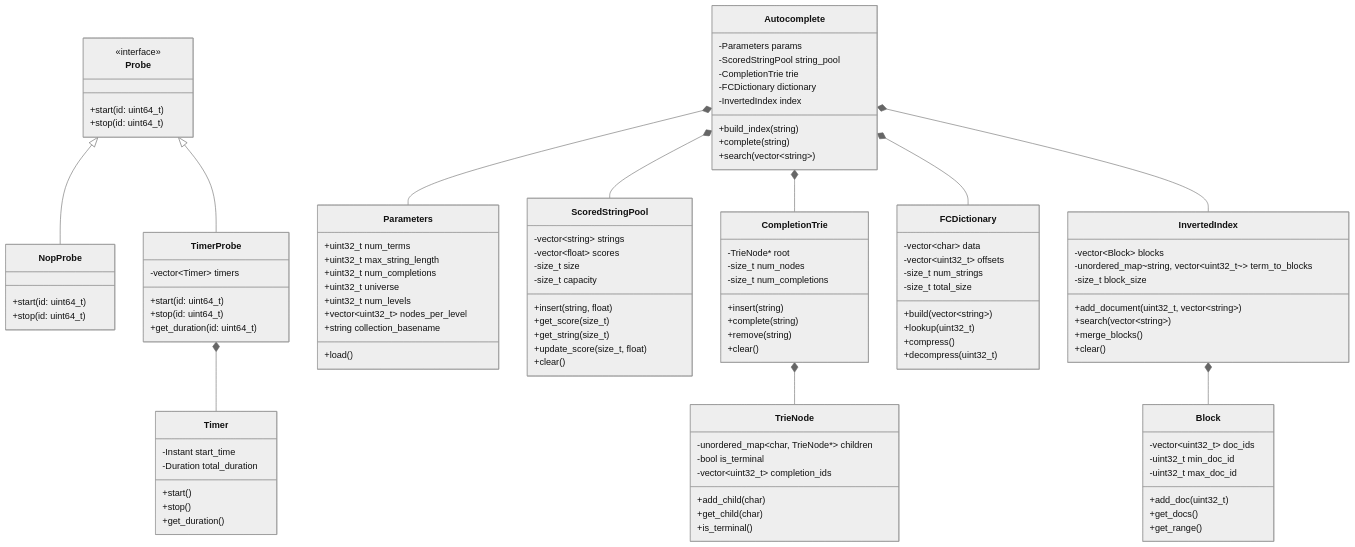
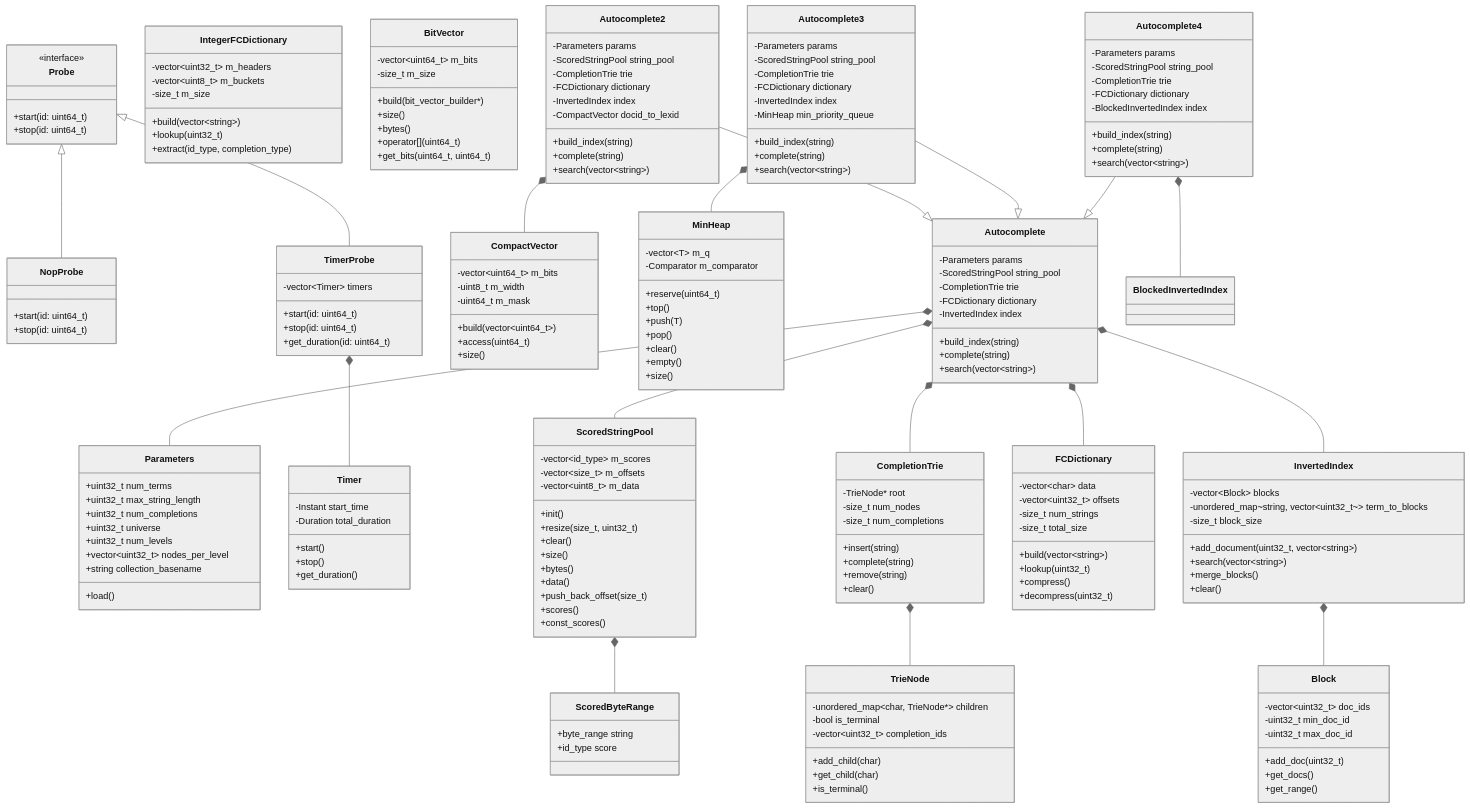
Before and after one commit to aawadall/autocomplete: the first of 3 diagrams in doc/class_diagram.md, drawn with Mermaid (neutral theme). The commit also changed other lines of this file and 1 other file, not shown here.

Commit message:
add more details

````diff
--- a/doc/class_diagram.md
+++ b/doc/class_diagram.md
@@ -44,15 +44,23 @@
     }
 
     class ScoredStringPool {
-        -vector~string~ strings
-        -vector~float~ scores
-        -size_t size
-        -size_t capacity
-        +insert(string, float)
-        +get_score(size_t)
-        +get_string(size_t)
-        +update_score(size_t, float)
+        -vector~id_type~ m_scores
+        -vector~size_t~ m_offsets
+        -vector~uint8_t~ m_data
+        +init()
+        +resize(size_t, uint32_t)
         +clear()
+        +size()
+        +bytes()
+        +data()
+        +push_back_offset(size_t)
+        +scores()
+        +const_scores()
+    }
+
+    class ScoredByteRange {
+        +byte_range string
+        +id_type score
     }
 
     class TrieNode {
@@ -85,6 +93,15 @@
         +decompress(uint32_t)
     }
 
+    class IntegerFCDictionary {
+        -vector~uint32_t~ m_headers
+        -vector~uint8_t~ m_buckets
+        -size_t m_size
+        +build(vector~string~)
+        +lookup(uint32_t)
+        +extract(id_type, completion_type)
+    }
+
     class Block {
         -vector~uint32_t~ doc_ids
         -uint32_t min_doc_id
@@ -104,12 +121,78 @@
         +clear()
     }
 
+    class CompactVector {
+        -vector~uint64_t~ m_bits
+        -uint8_t m_width
+        -uint64_t m_mask
+        +build(vector~uint64_t~)
+        +access(uint64_t)
+        +size()
+    }
+
+    class BitVector {
+        -vector~uint64_t~ m_bits
+        -size_t m_size
+        +build(bit_vector_builder*)
+        +size()
+        +bytes()
+        +operator[](uint64_t)
+        +get_bits(uint64_t, uint64_t)
+    }
+
+    class MinHeap {
+        -vector~T~ m_q
+        -Comparator m_comparator
+        +reserve(uint64_t)
+        +top()
+        +push(T)
+        +pop()
+        +clear()
+        +empty()
+        +size()
+    }
+
     class Autocomplete {
         -Parameters params
         -ScoredStringPool string_pool
         -CompletionTrie trie
         -FCDictionary dictionary
         -InvertedIndex index
+        +build_index(string)
+        +complete(string)
+        +search(vector~string~)
+    }
+
+    class Autocomplete2 {
+        -Parameters params
+        -ScoredStringPool string_pool
+        -CompletionTrie trie
+        -FCDictionary dictionary
+        -InvertedIndex index
+        -CompactVector docid_to_lexid
+        +build_index(string)
+        +complete(string)
+        +search(vector~string~)
+    }
+
+    class Autocomplete3 {
+        -Parameters params
+        -ScoredStringPool string_pool
+        -CompletionTrie trie
+        -FCDictionary dictionary
+        -InvertedIndex index
+        -MinHeap min_priority_queue
+        +build_index(string)
+        +complete(string)
+        +search(vector~string~)
+    }
+
+    class Autocomplete4 {
+        -Parameters params
+        -ScoredStringPool string_pool
+        -CompletionTrie trie
+        -FCDictionary dictionary
+        -BlockedInvertedIndex index
         +build_index(string)
         +complete(string)
         +search(vector~string~)
@@ -126,4 +209,11 @@
     Autocomplete *-- InvertedIndex
     CompletionTrie *-- TrieNode
     InvertedIndex *-- Block
+    ScoredStringPool *-- ScoredByteRange
+    Autocomplete2 --|> Autocomplete
+    Autocomplete3 --|> Autocomplete
+    Autocomplete4 --|> Autocomplete
+    Autocomplete3 *-- MinHeap
+    Autocomplete2 *-- CompactVector
+    Autocomplete4 *-- BlockedInvertedIndex
 ```
````
